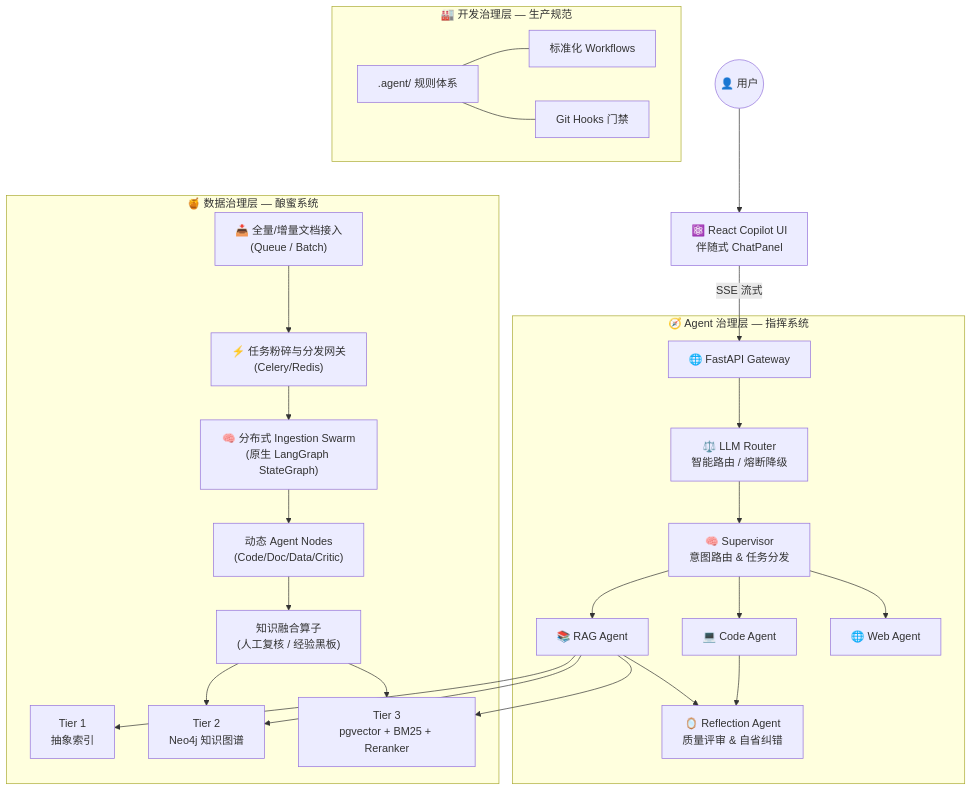
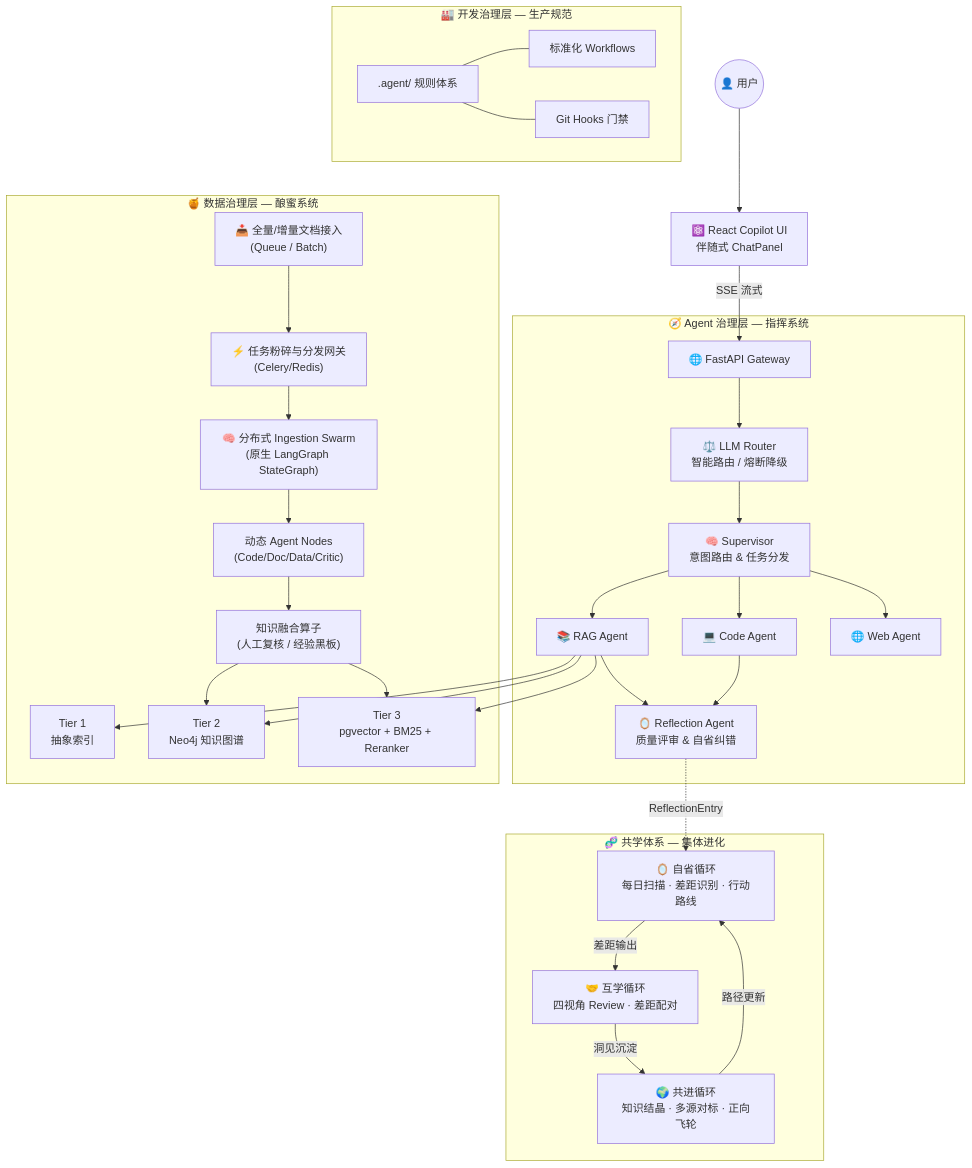
Before and after one commit to zxl85813-web/HiveMind_RAG: the diagram in README.md, drawn with Mermaid. The commit also changed other lines of this file and 32 other files, not shown here.

````diff
--- a/README.md
+++ b/README.md
@@ -62,34 +72,44 @@
 ```mermaid
 graph TD
     User((👤 用户)) --> UI["⚛️ React Copilot UI\n伴随式 ChatPanel"]
     UI -->|SSE 流式| API["🌐 FastAPI Gateway"]
 
     subgraph "🧭 Agent 治理层 — 指挥系统"
         API --> Router["⚖️ LLM Router\n智能路由 / 熔断降级"]
         Router --> Supervisor["🧠 Supervisor\n意图路由 & 任务分发"]
         Supervisor --> RAG["📚 RAG Agent"]
         Supervisor --> Code["💻 Code Agent"]
         Supervisor --> Web["🌐 Web Agent"]
         RAG & Code --> Reflection["🪞 Reflection Agent\n质量评审 & 自省纠错"]
     end
 
     subgraph "🍯 数据治理层 — 酿蜜系统"
         RAG --> T1["Tier 1\n抽象索引"]
         RAG --> T2["Tier 2\nNeo4j 知识图谱"]
         RAG --> T3["Tier 3\npgvector + BM25 + Reranker"]
         Ingestion["📥 全量/增量文档接入\n(Queue / Batch)"] --> Dispatcher["⚡ 任务粉碎与分发网关\n(Celery/Redis)"]
         Dispatcher --> JobMgr["🧠 分布式 Ingestion Swarm\n(原生 LangGraph StateGraph)"]
         JobMgr --> Parse["动态 Agent Nodes\n(Code/Doc/Data/Critic)"]
         Parse --> Enrich["知识融合算子\n(人工复核 / 经验黑板)"]
         Enrich --> T2
         Enrich --> T3
     end
 
     subgraph "🏭 开发治理层 — 生产规范"
         AgentRules[".agent/ 规则体系"]
         Workflows["标准化 Workflows"]
         GitHooks["Git Hooks 门禁"]
         AgentRules --- Workflows
         AgentRules --- GitHooks
     end
+
+    subgraph "🧬 共学体系 — 集体进化"
+        SelfReflect["🪞 自省循环\n每日扫描 · 差距识别 · 行动路线"]
+        MutualLearn["🤝 互学循环\n四视角 Review · 差距配对"]
+        CoEvolve["🌍 共进循环\n知识结晶 · 多源对标 · 正向飞轮"]
+        SelfReflect -->|差距输出| MutualLearn
+        MutualLearn -->|洞见沉淀| CoEvolve
+        CoEvolve -->|路径更新| SelfReflect
+        Reflection -.->|ReflectionEntry| SelfReflect
+    end
 ```
````
